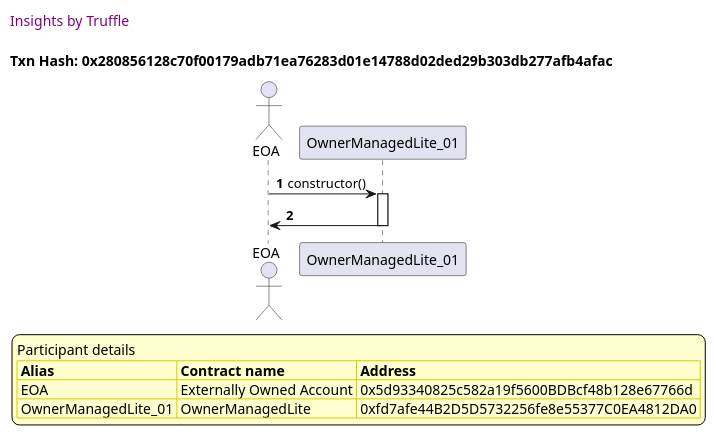
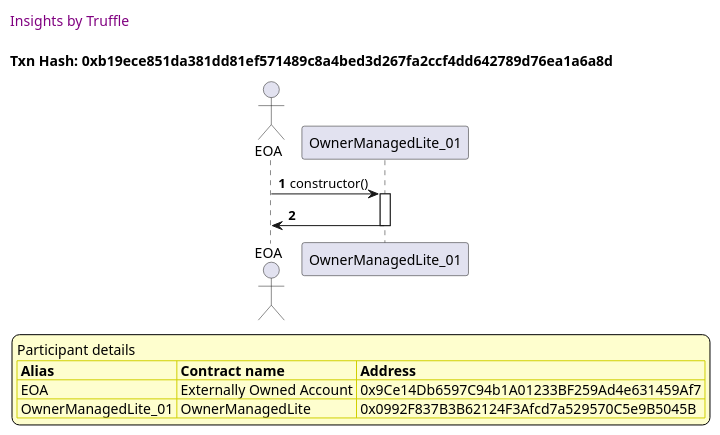
The eighth of 53 diagrams in truffle-seq/OwnerManagedLite_test_withdraw_and_fallback.md (thedarkjester/ConsensysAssignment), drawn with PlantUML before and after one commit. The commit also changed other lines of this file and 13 other files, not shown here.

````diff
--- a/truffle-seq/OwnerManagedLite_test_withdraw_and_fallback.md
+++ b/truffle-seq/OwnerManagedLite_test_withdraw_and_fallback.md
@@ -329,37 +329,37 @@
 ```plantuml
 
 
 @startuml
 
 autonumber
 skinparam legendBackgroundColor #FEFECE
 
 <style>
       header {
         HorizontalAlignment left
         FontColor purple
         FontSize 14
         Padding 10
       }
     </style>
 
 header Insights by Truffle
 
-title Txn Hash: 0x280856128c70f00179adb71ea76283d01e14788d02ded29b303db277afb4afac
+title Txn Hash: 0xb19ece851da381dd81ef571489c8a4bed3d267fa2ccf4dd642789d76ea1a6a8d
 
 
 actor EOA as "EOA"
 participant OwnerManagedLite_01 as "OwnerManagedLite_01"
 
 "EOA" -> "OwnerManagedLite_01" ++: constructor()
 "OwnerManagedLite_01" -> "EOA" --: 
 
 legend
 Participant details
 <#FEFECE,#D0D000>|= Alias |= Contract name |= Address |
-<#FEFECE>| EOA | Externally Owned Account | 0x5d93340825c582a19f5600BDBcf48b128e67766d |
-<#FEFECE>| OwnerManagedLite_01 | OwnerManagedLite | 0xfd7afe44B2D5D5732256fe8e55377C0EA4812DA0 |
+<#FEFECE>| EOA | Externally Owned Account | 0x9Ce14Db6597C94b1A01233BF259Ad4e631459Af7 |
+<#FEFECE>| OwnerManagedLite_01 | OwnerManagedLite | 0x0992F837B3B62124F3Afcd7a529570C5e9B5045B |
 endlegend
 
 @enduml
 ```
````
